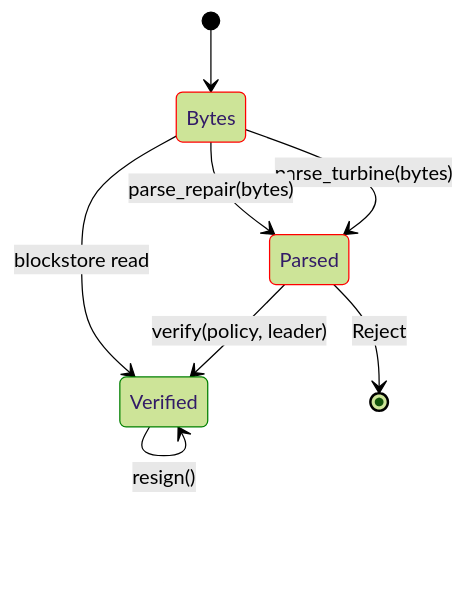
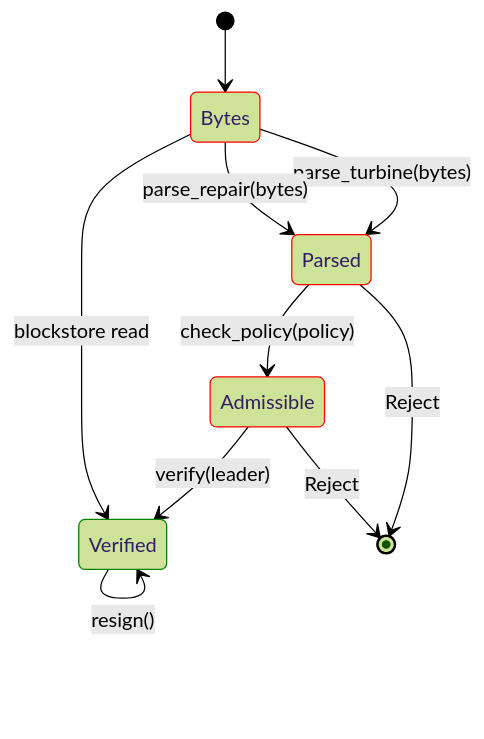
The diagram in shred/doc/states.md (anza-xyz/agave), drawn with Mermaid (forest theme) before and after one commit. The commit also changed 15 other files, not shown here.

````diff
--- a/shred/doc/states.md
+++ b/shred/doc/states.md
@@ -1,15 +1,18 @@
 ```mermaid
 stateDiagram-v2
     classDef Trusted stroke:green;
     classDef Untrusted stroke:red;
     class Verified Trusted
     class Parsed Untrusted
-    class Bytes Untrusted 
+    class Admissible Untrusted
+    class Bytes Untrusted
     [*] --> Bytes
     Bytes --> Parsed : parse_turbine(bytes)
     Bytes --> Parsed : parse_repair(bytes)
-    Parsed --> Verified : verify(policy, leader)
+    Parsed --> Admissible : check_policy(policy)
+    Admissible --> Verified : verify(leader)
     Verified --> Verified : resign()
     Parsed --> [*] : Reject
+    Admissible --> [*] : Reject
     Bytes --> Verified :  blockstore read
 ```
````
